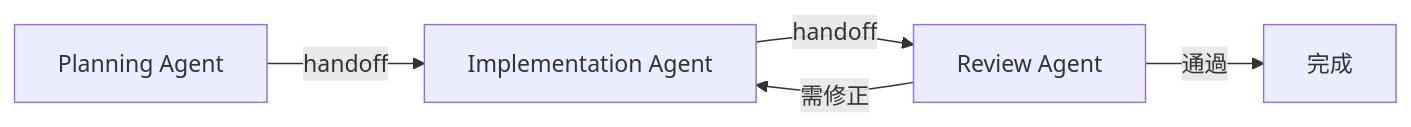
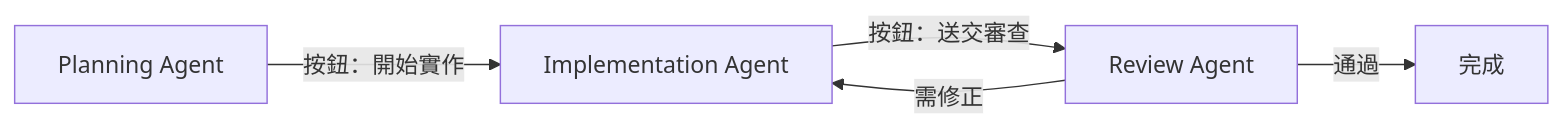
Before and after one commit to chihhung/Blog: the tenth of 26 diagrams in content/posts/教學/AI開發/github copilot生態圈教學手冊.md, drawn with Mermaid. The commit also changed other lines of this file and 2 other files, not shown here.

````diff
--- a/content/posts/教學/AI開發/github copilot生態圈教學手冊.md
+++ b/content/posts/教學/AI開發/github copilot生態圈教學手冊.md
@@ -1871,7 +2631,7 @@
 ```mermaid
 flowchart LR
-    A[Planning Agent] -->|handoff| B[Implementation Agent]
-    B -->|handoff| C[Review Agent]
+    A[Planning Agent] -->|按鈕：開始實作| B[Implementation Agent]
+    B -->|按鈕：送交審查| C[Review Agent]
     C -->|需修正| B
     C -->|通過| D[完成]
 ```
````
